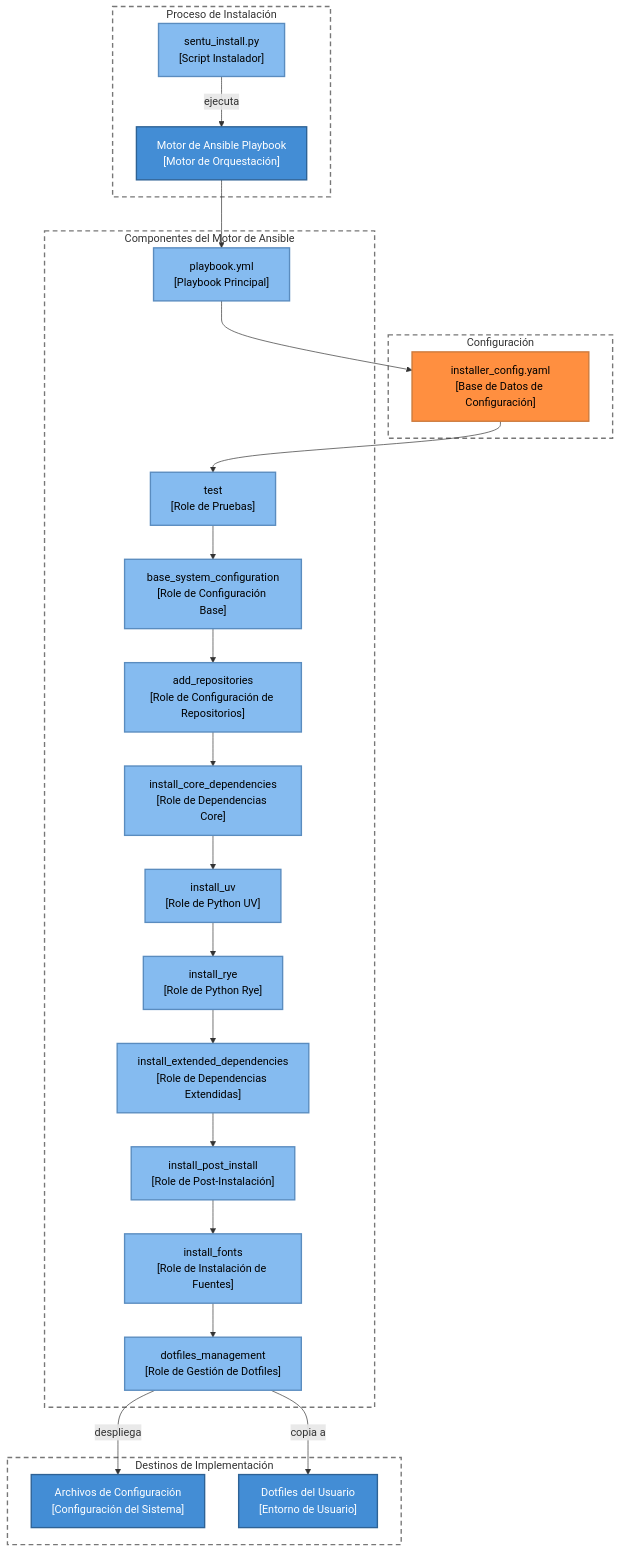
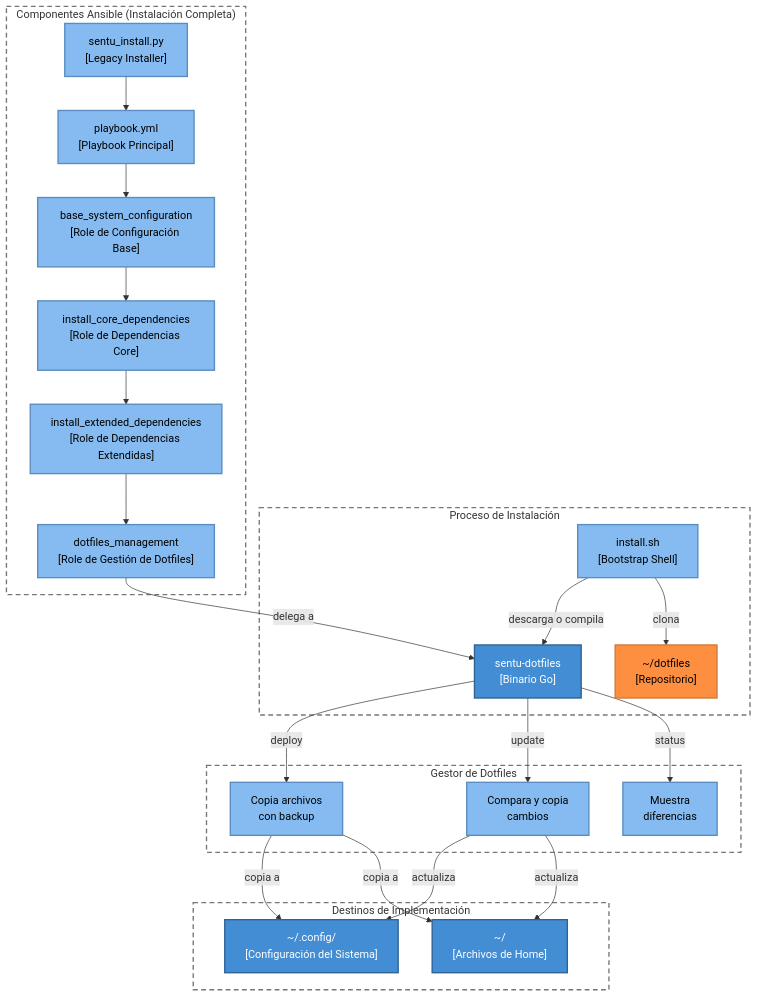
One commit to SENTUstudio/dotfiles changed the diagram in README.md. Above: the diagram before and after it, drawn with Mermaid. The commit also changed other lines of this file, not shown here.

First line of the commit message:
docs(readme): update for sentu-dotfiles Go migration

````diff
--- a/README.md
+++ b/README.md
@@ -242,82 +332,71 @@
 ```mermaid
 flowchart TD
     %% Define styles for C4-like appearance
     classDef person fill:#08427B,color:#fff,stroke:#052E56,stroke-width:2px
     classDef externalSystem fill:#999999,stroke:#666666,stroke-width:2px
     classDef container fill:#438DD5,color:#fff,stroke:#2E6295,stroke-width:2px
     classDef component fill:#85BBF0,color:#000,stroke:#5A8CBF,stroke-width:2px
     classDef database fill:#FF8F40,color:#000,stroke:#CC7A3C,stroke-width:2px
     classDef boundary fill:none,stroke:#444,stroke-width:2px,stroke-dasharray:5 5
 
     %% Installation Process with C4 styling
     subgraph boundary_install ["Proceso de Instalación"]
-        A["sentu_install.py\n[Script Instalador]"]:::component
-        A -->|"ejecuta"| B["Motor de Ansible Playbook\n[Motor de Orquestación]"]:::container
+        A["install.sh\n[Bootstrap Shell]"]:::component
+        A -->|"descarga o compila"| SD["sentu-dotfiles\n[Binario Go]"]:::container
+        A -->|"clona"| REPO["~/dotfiles\n[Repositorio]"]:::database
     end
 
-    %% Configuration File with C4 styling
-    subgraph boundary_config ["Configuración"]
-        B10["installer_config.yaml\n[Base de Datos de Configuración]"]:::database
+    %% Dotfiles Manager
+    subgraph boundary_dotfiles ["Gestor de Dotfiles"]
+        SD -->|"deploy"| SD1["Copia archivos\ncon backup"]:::component
+        SD -->|"update"| SD2["Compara y copia\ncambios"]:::component
+        SD -->|"status"| SD3["Muestra\ndiferencias"]:::component
     end
 
     %% Ansible Components with C4 styling
-    subgraph boundary_ansible ["Componentes del Motor de Ansible"]
+    subgraph boundary_ansible ["Componentes Ansible (Instalación Completa)"]
+        B["sentu_install.py\n[Legacy Installer]"]:::component
         B1["playbook.yml\n[Playbook Principal]"]:::component
-        B2["test\n[Role de Pruebas]"]:::component
-        B3["base_system_configuration\n[Role de Configuración Base]"]:::component
-        B4["add_repositories\n[Role de Configuración de Repositorios]"]:::component
-        B5["install_core_dependencies\n[Role de Dependencias Core]"]:::component
-        B6["install_uv\n[Role de Python UV]"]:::component
-        B7["install_rye\n[Role de Python Rye]"]:::component
-        B8["install_extended_dependencies\n[Role de Dependencias Extendidas]"]:::component
-        B9["install_post_install\n[Role de Post-Instalación]"]:::component
-        B11["install_fonts\n[Role de Instalación de Fuentes]"]:::component
-        B12["dotfiles_management\n[Role de Gestión de Dotfiles]"]:::component
+        B2["base_system_configuration\n[Role de Configuración Base]"]:::component
+        B3["install_core_dependencies\n[Role de Dependencias Core]"]:::component
+        B4["install_extended_dependencies\n[Role de Dependencias Extendidas]"]:::component
+        B5["dotfiles_management\n[Role de Gestión de Dotfiles]"]:::component
     end
 
     %% Deployment Targets with C4 styling
     subgraph boundary_deploy ["Destinos de Implementación"]
-        C["Archivos de Configuración\n[Configuración del Sistema]"]:::container
-        D["Dotfiles del Usuario\n[Entorno de Usuario]"]:::container
+        C["~/.config/\n[Configuración del Sistema]"]:::container
+        D["~/\n[Archivos de Home]"]:::container
     end
 
-    %% Update the flow based on the new playbook order
+    %% Flow
     B --> B1
-    B1 --> B10
-    B10 --> B2
+    B1 --> B2
     B2 --> B3
     B3 --> B4
     B4 --> B5
-    B5 --> B6
-    B6 --> B7
-    B7 --> B8
-    B8 --> B9
-    B9 --> B11
-    B11 --> B12
+    B5 -->|"delega a"| SD
 
-    B12 -->|"despliega"| C
-    B12 -->|"copia a"| D
+    SD1 -->|"copia a"| C
+    SD1 -->|"copia a"| D
+    SD2 -->|"actualiza"| C
+    SD2 -->|"actualiza"| D
 
     %% Set boundary style
     style boundary_install fill:none,stroke:#777,stroke-width:2px,stroke-dasharray:7 5
-    style boundary_config fill:none,stroke:#777,stroke-width:2px,stroke-dasharray:7 5
+    style boundary_dotfiles fill:none,stroke:#777,stroke-width:2px,stroke-dasharray:7 5
     style boundary_ansible fill:none,stroke:#777,stroke-width:2px,stroke-dasharray:7 5
     style boundary_deploy fill:none,stroke:#777,stroke-width:2px,stroke-dasharray:7 5
 
     %% Hyperlinks
-    click A "https://github.com/sentustudio/dotfiles/blob/main/sentu_install.py"
+    click A "https://github.com/sentustudio/dotfiles/blob/main/install.sh"
+    click SD "https://github.com/sentustudio/dotfiles/tree/main/cmd/sentu-dotfiles"
+    click B "https://github.com/sentustudio/dotfiles/blob/main/sentu_install.py"
     click B1 "https://github.com/sentustudio/dotfiles/blob/main/ansible/playbook.yml"
-    click B2 "https://github.com/sentustudio/dotfiles/tree/main/ansible/roles/test"
-    click B3 "https://github.com/sentustudio/dotfiles/tree/main/ansible/roles/base_system_configuration"
-    click B4 "https://github.com/sentustudio/dotfiles/tree/main/ansible/roles/add_repositories"
-    click B5 "https://github.com/sentustudio/dotfiles/tree/main/ansible/roles/install_core_dependencies"
-    click B6 "https://github.com/sentustudio/dotfiles/tree/main/ansible/roles/install_uv"
-    click B7 "https://github.com/sentustudio/dotfiles/tree/main/ansible/roles/install_rye"
-    click B8 "https://github.com/sentustudio/dotfiles/tree/main/ansible/roles/install_extended_dependencies"
-    click B9 "https://github.com/sentustudio/dotfiles/tree/main/ansible/roles/install_post_install"
-    click B10 "https://github.com/sentustudio/dotfiles/blob/main/ansible/vars/installer_config.yaml"
-    click B11 "https://github.com/sentustudio/dotfiles/tree/main/ansible/roles/install_fonts"
-    click B12 "https://github.com/sentustudio/dotfiles/tree/main/ansible/roles/dotfiles_management"
+    click B2 "https://github.com/sentustudio/dotfiles/tree/main/ansible/roles/base_system_configuration"
+    click B3 "https://github.com/sentustudio/dotfiles/tree/main/ansible/roles/install_core_dependencies"
+    click B4 "https://github.com/sentustudio/dotfiles/tree/main/ansible/roles/install_extended_dependencies"
+    click B5 "https://github.com/sentustudio/dotfiles/tree/main/ansible/roles/dotfiles_management"
     click C "https://github.com/sentustudio/dotfiles/tree/main/config"
     click D "https://github.com/sentustudio/dotfiles/tree/main/home"
 ```
````
